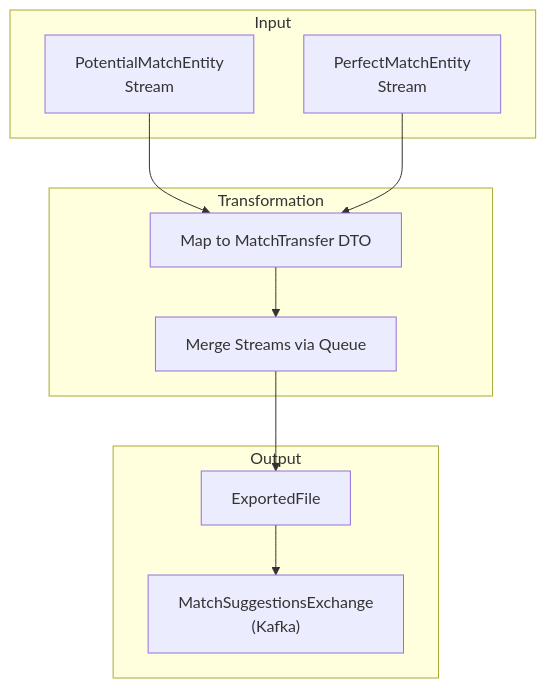
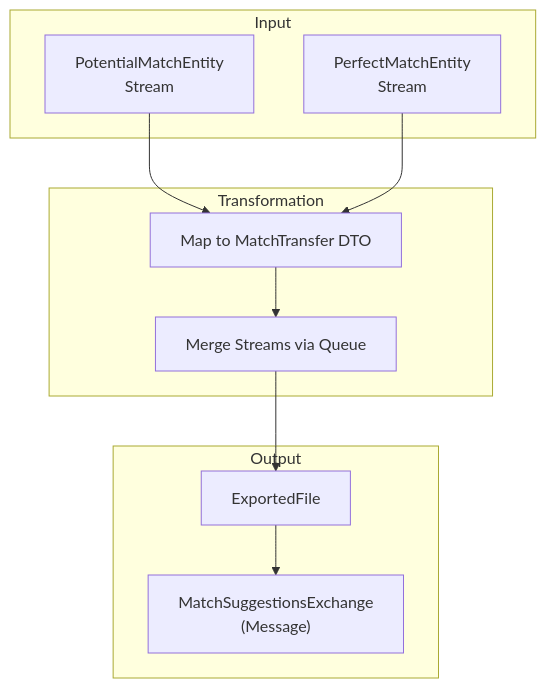
One commit to kagit00/schedule_x changed the sixth of 10 diagrams in docs/High Level Designs/MatchesTransfer.md. Above: the diagram before and after it, drawn with Mermaid. The commit also changed other lines of this file and 7 other files, not shown here.

````diff
--- a/docs/High Level Designs/MatchesTransfer.md
+++ b/docs/High Level Designs/MatchesTransfer.md
@@ -171,24 +171,24 @@
 ```mermaid
 graph TD
   subgraph Input
     A["PotentialMatchEntity\nStream"]
     B["PerfectMatchEntity\nStream"]
   end
 
   subgraph Transformation
     C["Map to MatchTransfer DTO"]
     D["Merge Streams via Queue"]
   end
 
   subgraph Output
     E["ExportedFile"]
-    F["MatchSuggestionsExchange\n(Kafka)"]
+    F["MatchSuggestionsExchange\n(Message)"]
   end
 
   A --> C
   B --> C
   C --> D
   D --> E
   E --> F
 
 ```
````
